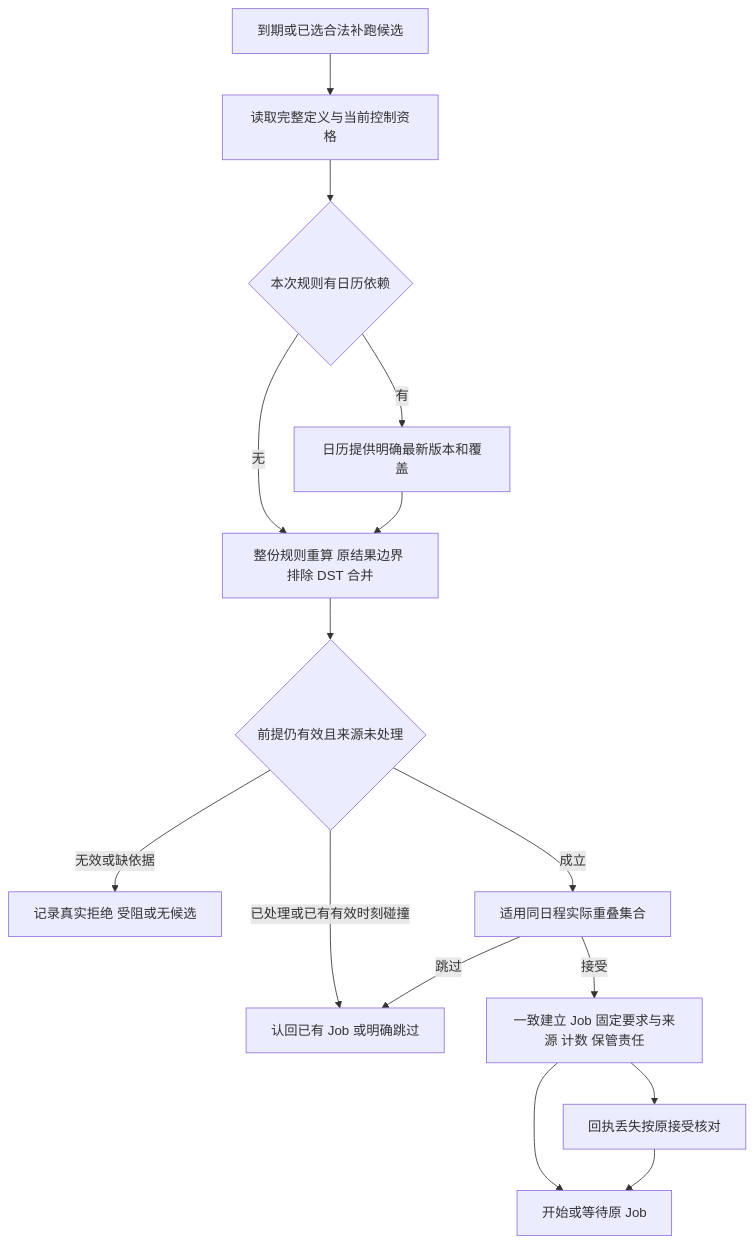
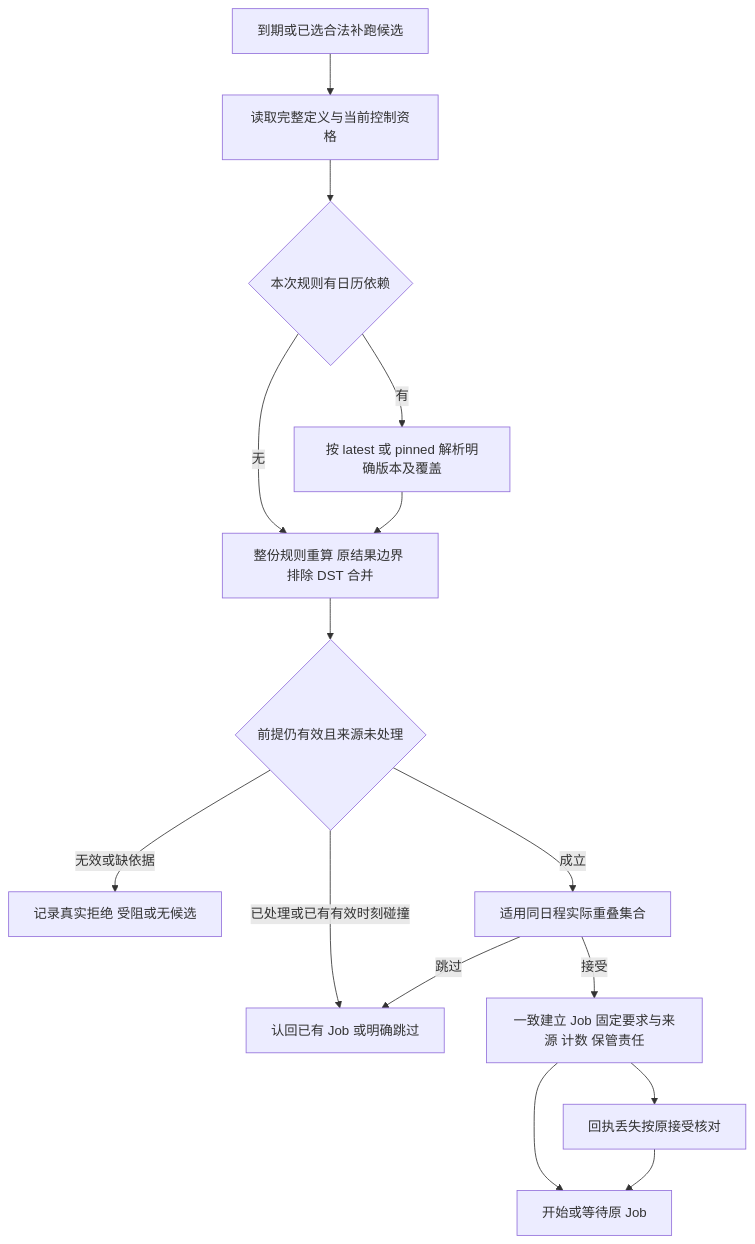
One commit to nemori-ai/omne-harness-lite changed the first of 4 diagrams in packages/schedule/schedule/docs/key-flows.md. Above: the diagram before and after it, drawn with Mermaid. The commit also changed other lines of this file and 3 other files, not shown here.

````diff
--- a/packages/schedule/schedule/docs/key-flows.md
+++ b/packages/schedule/schedule/docs/key-flows.md
@@ -14,17 +14,17 @@
 ```mermaid
 flowchart TD
     A[到期或已选合法补跑候选] --> B[读取完整定义与当前控制资格]
     B --> Need{本次规则有日历依赖}
-    Need -->|有| C[日历提供明确最新版本和覆盖]
+    Need -->|有| C[按 latest 或 pinned 解析明确版本及覆盖]
     Need -->|无| D[整份规则重算 原结果边界 排除 DST 合并]
     C --> D
     D --> E{前提仍有效且来源未处理}
     E -->|无效或缺依据| X[记录真实拒绝 受阻或无候选]
     E -->|已处理或已有有效时刻碰撞| Y[认回已有 Job 或明确跳过]
     E -->|成立| O[适用同日程实际重叠集合]
     O -->|跳过| Y
     O -->|接受| P[一致建立 Job 固定要求与来源 计数 保管责任]
     P --> Q[开始或等待原 Job]
     P --> R[回执丢失按原接受核对]
     R --> Q
 ```
````
